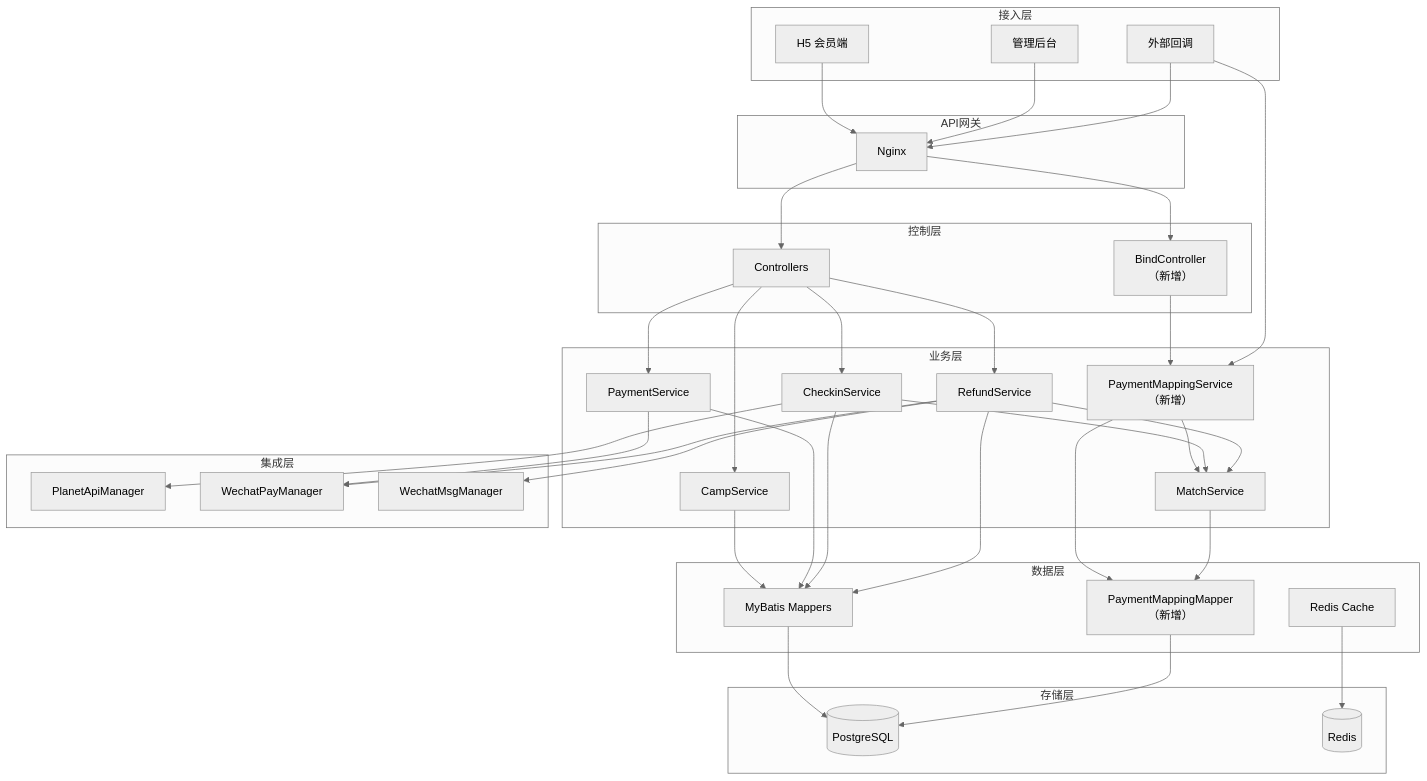
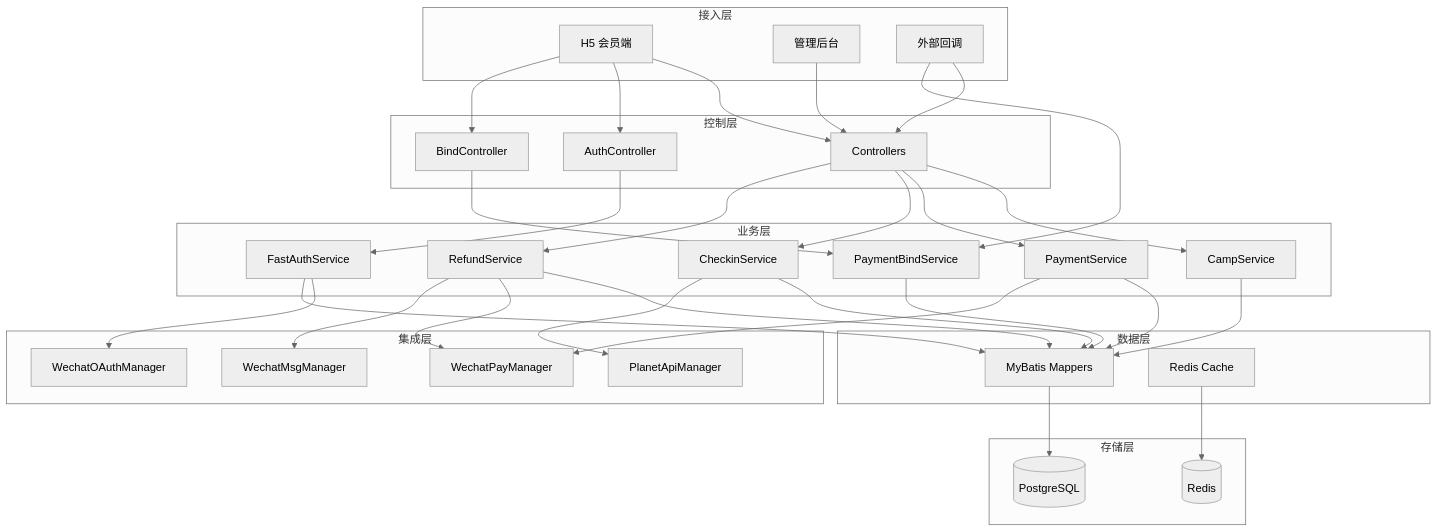
Before and after one commit to yiancode/AutoDepositRefundAgent: the fourth of 11 diagrams in docs/v1/diagrams/架构设计图.md, drawn with Mermaid (neutral theme). The commit also changed other lines of this file and 5 other files, not shown here.

First line of the commit message:
docs(design): 同步 diagrams 与技术方案，移除智能匹配逻辑

````diff
--- a/docs/v1/diagrams/架构设计图.md
+++ b/docs/v1/diagrams/架构设计图.md
@@ -223,78 +229,74 @@
 ```mermaid
 flowchart TB
     subgraph 接入层
         H5[H5 会员端]
         Admin[管理后台]
         Webhook[外部回调]
     end
 
-    subgraph API网关
-        Gateway[Nginx]
-    end
-
     subgraph 控制层
         Controllers[Controllers]
-        BindCtrl[BindController<br/>（新增）]
+        AuthCtrl[AuthController]
+        BindCtrl[BindController]
     end
 
     subgraph 业务层
         CampSvc[CampService]
         PaySvc[PaymentService]
-        MappingSvc[PaymentMappingService<br/>（新增）]
+        BindSvc[PaymentBindService]
+        AuthSvc[FastAuthService]
         CheckinSvc[CheckinService]
-        MatchSvc[MatchService]
         RefundSvc[RefundService]
     end
 
     subgraph 集成层
         ZsxqMgr[PlanetApiManager]
         WxPayMgr[WechatPayManager]
         WxMsgMgr[WechatMsgManager]
+        WxOAuthMgr[WechatOAuthManager]
     end
 
     subgraph 数据层
         Mappers[MyBatis Mappers]
-        MappingMapper[PaymentMappingMapper<br/>（新增）]
         Cache[Redis Cache]
     end
 
     subgraph 存储层
         DB[(PostgreSQL)]
         Redis[(Redis)]
     end
 
-    H5 --> Gateway
-    Admin --> Gateway
-    Webhook --> Gateway
-    Gateway --> Controllers
-    Gateway --> BindCtrl
+    H5 --> Controllers
+    H5 --> AuthCtrl
+    H5 --> BindCtrl
+    Admin --> Controllers
+    Webhook --> Controllers
+
+    AuthCtrl --> AuthSvc
+    BindCtrl --> BindSvc
 
     Controllers --> CampSvc
     Controllers --> PaySvc
     Controllers --> CheckinSvc
     Controllers --> RefundSvc
 
-    BindCtrl --> MappingSvc
-    Webhook --> MappingSvc
+    Webhook --> BindSvc
 
-    MappingSvc --> MatchSvc
-    MappingSvc --> MappingMapper
+    AuthSvc --> WxOAuthMgr
+    AuthSvc --> Mappers
 
-    CheckinSvc --> MatchSvc
-    RefundSvc --> MatchSvc
-    MatchSvc --> MappingMapper
+    BindSvc --> Mappers
 
     CampSvc --> Mappers
     PaySvc --> Mappers
     CheckinSvc --> Mappers
     RefundSvc --> Mappers
 
     PaySvc --> WxPayMgr
     CheckinSvc --> ZsxqMgr
     RefundSvc --> WxPayMgr
     RefundSvc --> WxMsgMgr
 
     Mappers --> DB
-    MappingMapper --> DB
     Cache --> Redis
 ```
````
